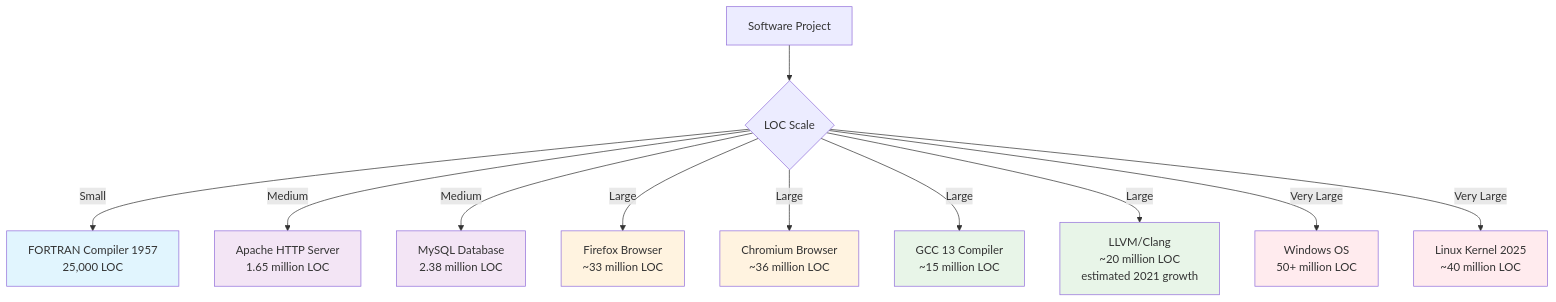
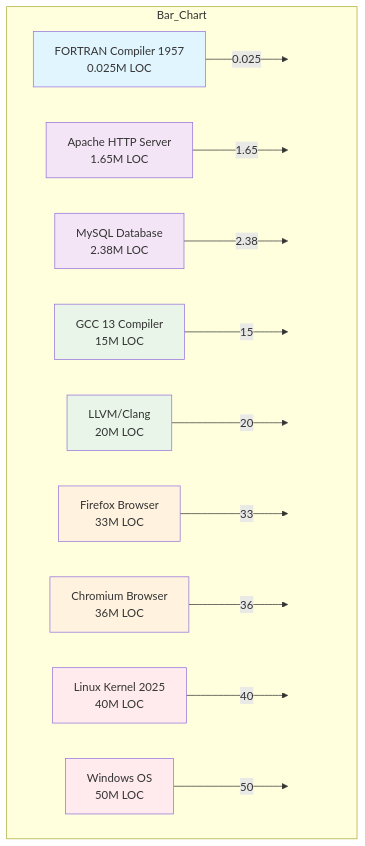
The second of 2 diagrams in workbook/ch07/modern/README.md (Feyerabend/bb), drawn with Mermaid before and after one commit.

````diff
--- a/workbook/ch07/modern/README.md
+++ b/workbook/ch07/modern/README.md
@@ -152,23 +152,33 @@
 ```mermaid
 graph TD
-    A[Software Project] --> B{LOC Scale}
-    B -->|Small| C[FORTRAN Compiler 1957\n25,000 LOC]
-    B -->|Medium| D[Apache HTTP Server\n1.65 million LOC]
-    B -->|Medium| E[MySQL Database\n2.38 million LOC]
-    B -->|Large| F[Firefox Browser\n~33 million LOC]
-    B -->|Large| G[Chromium Browser\n~36 million LOC]
-    B -->|Large| H[GCC 13 Compiler\n~15 million LOC]
-    B -->|Large| I[LLVM/Clang\n~20 million LOC\nestimated 2021 growth]
-    B -->|Very Large| J[Windows OS\n50+ million LOC]
-    B -->|Very Large| K[Linux Kernel 2025\n~40 million LOC]
-    
-    style C fill:#e1f5fe
-    style D fill:#f3e5f5
+    subgraph Bar_Chart
+        A[FORTRAN Compiler 1957\n0.025M LOC] -->|0.025| B[ ]
+        C[Apache HTTP Server\n1.65M LOC] -->|1.65| D[ ]
+        E[MySQL Database\n2.38M LOC] -->|2.38| F[ ]
+        G[GCC 13 Compiler\n15M LOC] -->|15| H[ ]
+        I[LLVM/Clang\n20M LOC] -->|20| J[ ]
+        K[Firefox Browser\n33M LOC] -->|33| L[ ]
+        M[Chromium Browser\n36M LOC] -->|36| N[ ]
+        O[Linux Kernel 2025\n40M LOC] -->|40| P[ ]
+        Q[Windows OS\n50M LOC] -->|50| R[ ]
+    end
+
+    style A fill:#e1f5fe
+    style C fill:#f3e5f5
     style E fill:#f3e5f5
-    style F fill:#fff3e0
-    style G fill:#fff3e0
-    style H fill:#e8f5e8
+    style G fill:#e8f5e8
     style I fill:#e8f5e8
-    style J fill:#ffebee
-    style K fill:#ffebee
+    style K fill:#fff3e0
+    style M fill:#fff3e0
+    style Q fill:#ffebee
+    style O fill:#ffebee
+    style B fill:none, stroke:none
+    style D fill:none, stroke:none
+    style F fill:none, stroke:none
+    style H fill:none, stroke:none
+    style J fill:none, stroke:none
+    style L fill:none, stroke:none
+    style N fill:none, stroke:none
+    style P fill:none, stroke:none
+    style R fill:none, stroke:none
 ```
````
